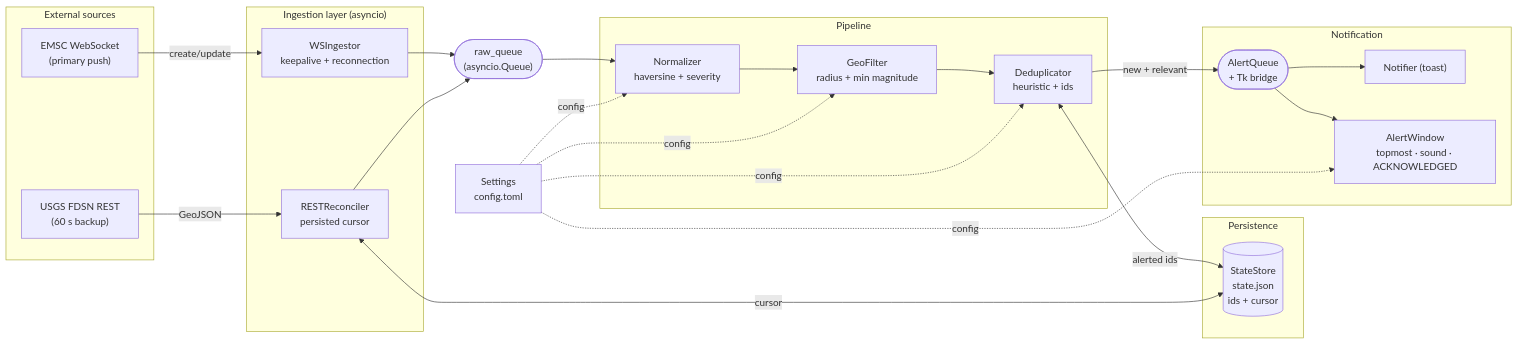
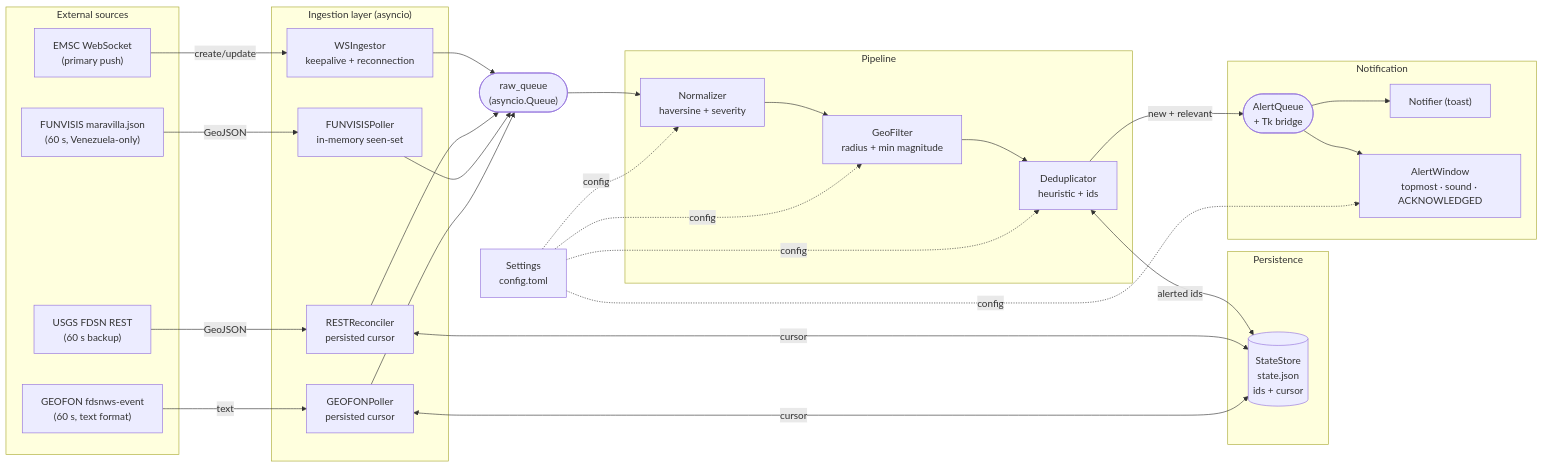
Before and after one commit to ecrespo/vigia-eew: the first of 5 diagrams in ARCHITECTURE.md, drawn with Mermaid. The commit also changed other lines of this file and 21 other files, not shown here.

````diff
--- a/ARCHITECTURE.md
+++ b/ARCHITECTURE.md
@@ -43,47 +45,56 @@
 ```mermaid
 flowchart LR
     subgraph Fuentes["External sources"]
         EMSC["EMSC WebSocket<br/>(primary push)"]
         USGS["USGS FDSN REST<br/>(60 s backup)"]
+        FUNVISIS["FUNVISIS maravilla.json<br/>(60 s, Venezuela-only)"]
+        GEOFON["GEOFON fdsnws-event<br/>(60 s, text format)"]
     end
 
     subgraph Ingesta["Ingestion layer (asyncio)"]
         WS["WSIngestor<br/>keepalive + reconnection"]
         REST["RESTReconciler<br/>persisted cursor"]
+        FUNV["FUNVISISPoller<br/>in-memory seen-set"]
+        GEO["GEOFONPoller<br/>persisted cursor"]
     end
 
     Q(["raw_queue<br/>(asyncio.Queue)"])
 
     subgraph Pipeline["Pipeline"]
         NORM["Normalizer<br/>haversine + severity"]
         FILT["GeoFilter<br/>radius + min magnitude"]
         DEDUP["Deduplicator<br/>heuristic + ids"]
     end
 
     subgraph Estado["Persistence"]
         STATE[("StateStore<br/>state.json<br/>ids + cursor")]
     end
 
     subgraph Notif["Notification"]
         AQ(["AlertQueue<br/>+ Tk bridge"])
         TOAST["Notifier (toast)"]
         WIN["AlertWindow<br/>topmost · sound · ACKNOWLEDGED"]
     end
 
     CFG["Settings<br/>config.toml"]
 
     EMSC -->|create/update| WS
     USGS -->|GeoJSON| REST
+    FUNVISIS -->|GeoJSON| FUNV
+    GEOFON -->|text| GEO
     WS --> Q
     REST --> Q
+    FUNV --> Q
+    GEO --> Q
     Q --> NORM --> FILT --> DEDUP
     DEDUP -->|new + relevant| AQ
     AQ --> TOAST
     AQ --> WIN
     DEDUP <-->|alerted ids| STATE
     REST <-->|cursor| STATE
+    GEO <-->|cursor| STATE
     CFG -.config.-> NORM
     CFG -.config.-> FILT
     CFG -.config.-> DEDUP
     CFG -.config.-> WIN
 ```
````
